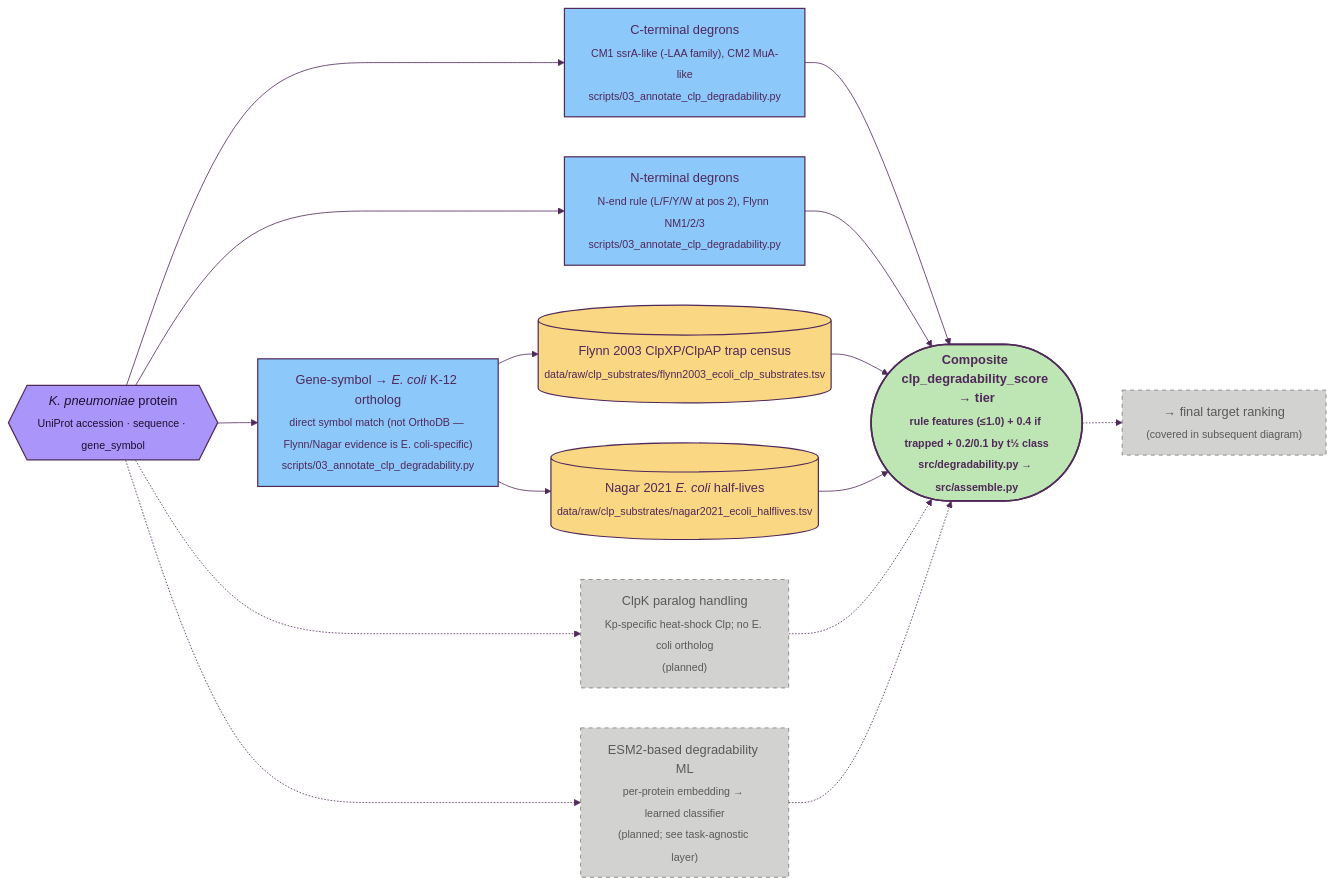
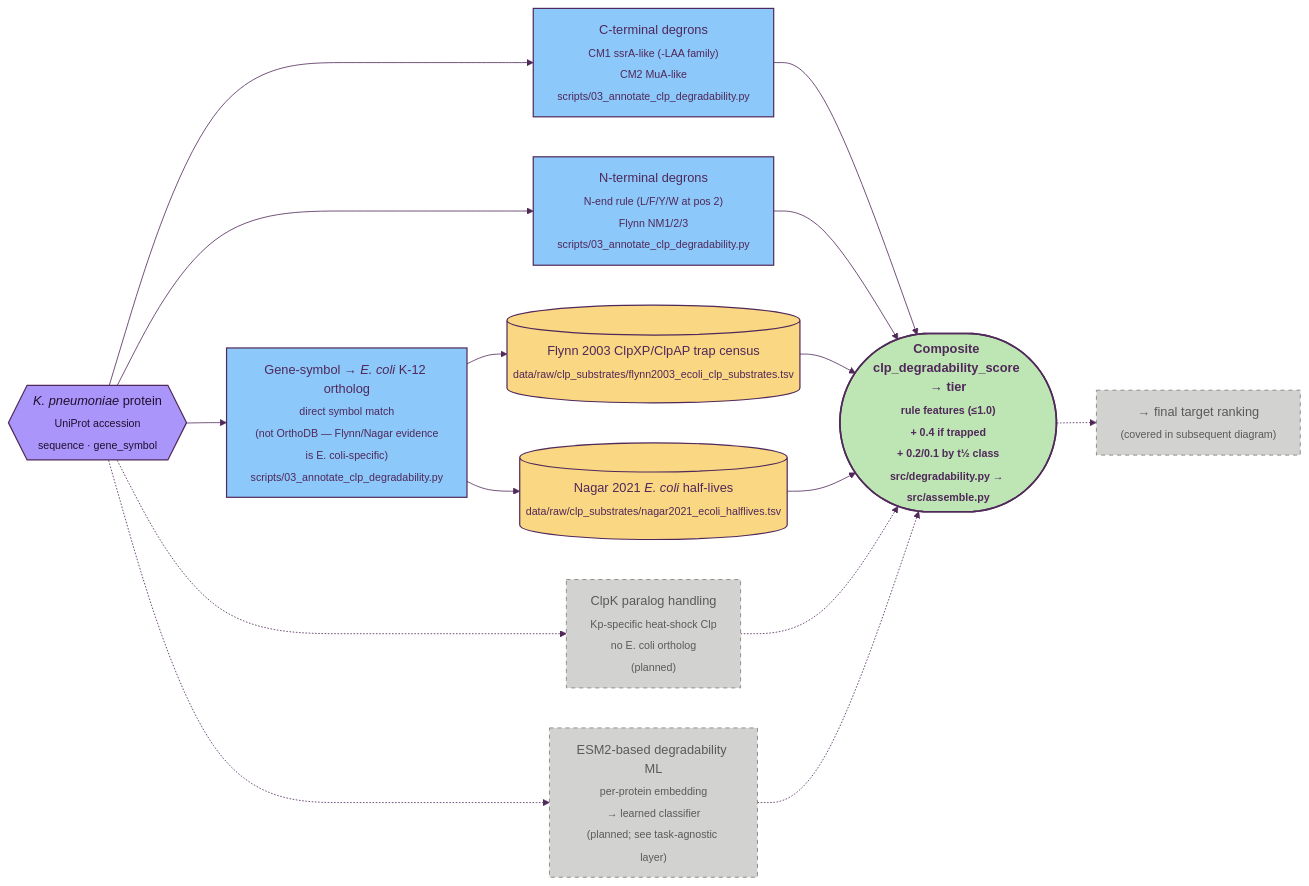
Before and after one commit to ersilia-os/gradi-target-prioritization: the diagram in docs/03_degradability.md, drawn with Mermaid. The commit also changed 3 other files, not shown here.

Commit message:
diagramming

````diff
--- a/docs/03_degradability.md
+++ b/docs/03_degradability.md
@@ -16,33 +16,33 @@
 ```mermaid
 %%{init: {'theme':'base','themeVariables':{'primaryColor':'#FAD782','primaryBorderColor':'#50285A','primaryTextColor':'#50285A','lineColor':'#50285A','secondaryColor':'#8CC8FA','tertiaryColor':'#BEE6B4','clusterBkg':'#F0F0EE','clusterBorder':'#B0B0AE','titleColor':'#50285A','fontFamily':'Inter, system-ui, sans-serif'}}}%%
 flowchart LR
     classDef source    fill:#AA96FA,stroke:#50285A,stroke-width:1.5px,color:#1F0F2E
     classDef dataset   fill:#FAD782,stroke:#50285A,stroke-width:1.5px,color:#50285A
     classDef method    fill:#8CC8FA,stroke:#50285A,stroke-width:1.5px,color:#50285A
     classDef embedding fill:#AA96FA,stroke:#50285A,stroke-width:1.5px,color:#1F0F2E
     classDef result    fill:#BEE6B4,stroke:#50285A,stroke-width:2px,color:#50285A,font-weight:bold
     classDef tagnostic fill:#DCA0DC,stroke:#50285A,stroke-width:1.5px,color:#50285A
     classDef stub      fill:#FAA08C,stroke:#50285A,stroke-width:1.5px,stroke-dasharray:6 3,color:#50285A
     classDef planned   fill:#D2D2D0,stroke:#7A7A78,stroke-width:1px,stroke-dasharray:5 5,color:#5A5A58
 
-    P{{"<i>K. pneumoniae</i> protein<br/><sub>UniProt accession · sequence · gene_symbol</sub>"}}:::source
+    P{{"<i>K. pneumoniae</i> protein<br/><sub>UniProt accession<br/>sequence · gene_symbol</sub>"}}:::source
 
-    P --> CTERM["C-terminal degrons<br/><sub>CM1 ssrA-like (-LAA family), CM2 MuA-like</sub><br/><sub>scripts/03_annotate_clp_degradability.py</sub>"]:::method
-    P --> NTERM["N-terminal degrons<br/><sub>N-end rule (L/F/Y/W at pos 2), Flynn NM1/2/3</sub><br/><sub>scripts/03_annotate_clp_degradability.py</sub>"]:::method
+    P --> CTERM["C-terminal degrons<br/><sub>CM1 ssrA-like (-LAA family)<br/>CM2 MuA-like</sub><br/><sub>scripts/03_annotate_clp_degradability.py</sub>"]:::method
+    P --> NTERM["N-terminal degrons<br/><sub>N-end rule (L/F/Y/W at pos 2)<br/>Flynn NM1/2/3</sub><br/><sub>scripts/03_annotate_clp_degradability.py</sub>"]:::method
 
-    P --> ORTH["Gene-symbol → <i>E. coli</i> K-12 ortholog<br/><sub>direct symbol match (not OrthoDB — Flynn/Nagar evidence is E. coli-specific)</sub><br/><sub>scripts/03_annotate_clp_degradability.py</sub>"]:::method
+    P --> ORTH["Gene-symbol → <i>E. coli</i> K-12 ortholog<br/><sub>direct symbol match<br/>(not OrthoDB — Flynn/Nagar evidence<br/>is E. coli-specific)</sub><br/><sub>scripts/03_annotate_clp_degradability.py</sub>"]:::method
     ORTH --> FLYNN[("Flynn 2003 ClpXP/ClpAP trap census<br/><sub>data/raw/clp_substrates/flynn2003_ecoli_clp_substrates.tsv</sub>")]:::dataset
     ORTH --> NAGAR[("Nagar 2021 <i>E. coli</i> half-lives<br/><sub>data/raw/clp_substrates/nagar2021_ecoli_halflives.tsv</sub>")]:::dataset
 
-    P -.-> CLPK["ClpK paralog handling<br/><sub>Kp-specific heat-shock Clp; no E. coli ortholog</sub><br/><sub>(planned)</sub>"]:::planned
-    P -.-> ESM2["ESM2-based degradability ML<br/><sub>per-protein embedding → learned classifier</sub><br/><sub>(planned; see task-agnostic layer)</sub>"]:::planned
+    P -.-> CLPK["ClpK paralog handling<br/><sub>Kp-specific heat-shock Clp<br/>no E. coli ortholog</sub><br/><sub>(planned)</sub>"]:::planned
+    P -.-> ESM2["ESM2-based degradability ML<br/><sub>per-protein embedding<br/>→ learned classifier</sub><br/><sub>(planned; see task-agnostic layer)</sub>"]:::planned
 
-    CTERM --> SCORE(["Composite clp_degradability_score → tier<br/><sub>rule features (≤1.0) + 0.4 if trapped + 0.2/0.1 by t½ class</sub><br/><sub>src/degradability.py → src/assemble.py</sub>"]):::result
+    CTERM --> SCORE(["Composite clp_degradability_score → tier<br/><sub>rule features (≤1.0)<br/>+ 0.4 if trapped<br/>+ 0.2/0.1 by t½ class</sub><br/><sub>src/degradability.py → src/assemble.py</sub>"]):::result
     NTERM --> SCORE
     FLYNN --> SCORE
     NAGAR --> SCORE
     CLPK -.-> SCORE
     ESM2 -.-> SCORE
 
     SCORE -.-> NEXT["→ final target ranking<br/><sub>(covered in subsequent diagram)</sub>"]:::planned
 ```
````
